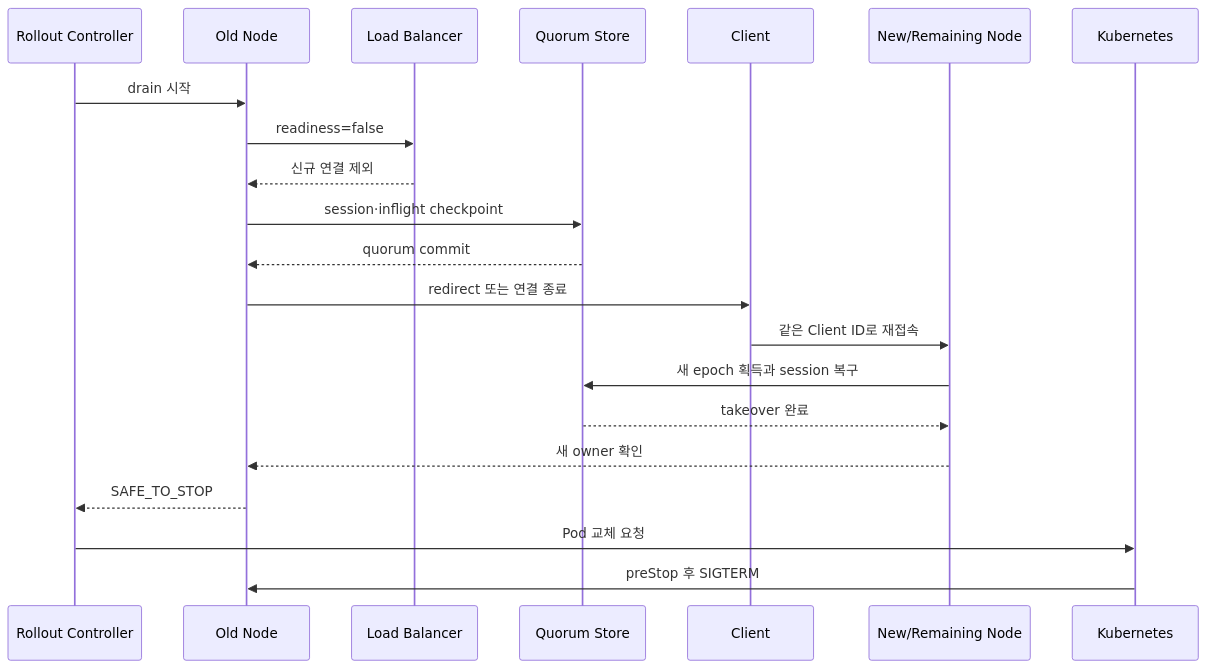
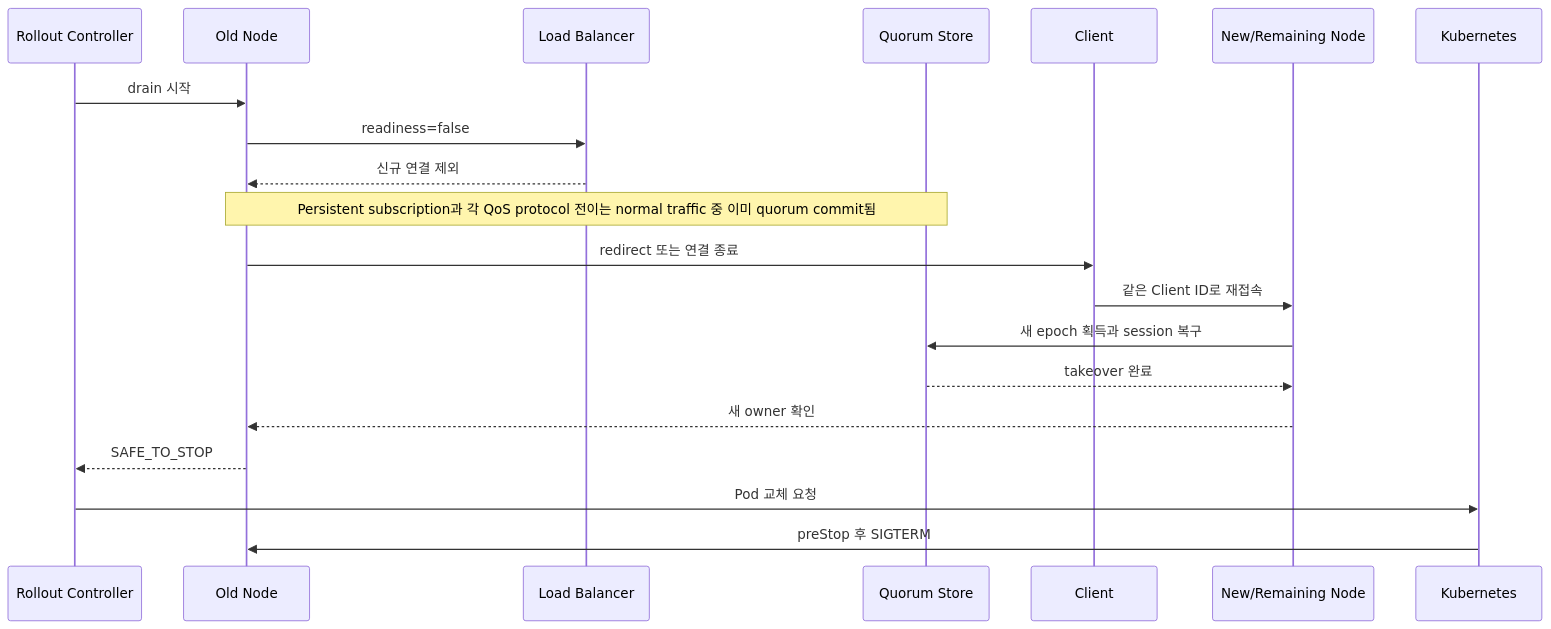
The diagram in docs/explainers/safe-node-drain-and-will.md (kayden-kim/narumq), drawn with Mermaid before and after one commit. The commit also changed other lines of this file and 79 other files, not shown here.

````diff
--- a/docs/explainers/safe-node-drain-and-will.md
+++ b/docs/explainers/safe-node-drain-and-will.md
@@ -49,24 +49,23 @@
 ```mermaid
 sequenceDiagram
     participant R as Rollout Controller
     participant O as Old Node
     participant L as Load Balancer
     participant Q as Quorum Store
     participant C as Client
     participant N as New/Remaining Node
     participant K as Kubernetes
 
     R->>O: drain 시작
     O->>L: readiness=false
     L-->>O: 신규 연결 제외
-    O->>Q: session·inflight checkpoint
-    Q-->>O: quorum commit
+    Note over O,Q: Persistent subscription과 각 QoS protocol 전이는 normal traffic 중 이미 quorum commit됨
     O->>C: redirect 또는 연결 종료
     C->>N: 같은 Client ID로 재접속
     N->>Q: 새 epoch 획득과 session 복구
     Q-->>N: takeover 완료
     N-->>O: 새 owner 확인
     O-->>R: SAFE_TO_STOP
     R->>K: Pod 교체 요청
     K->>O: preStop 후 SIGTERM
 ```
````
